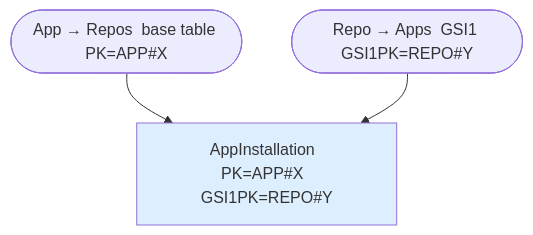
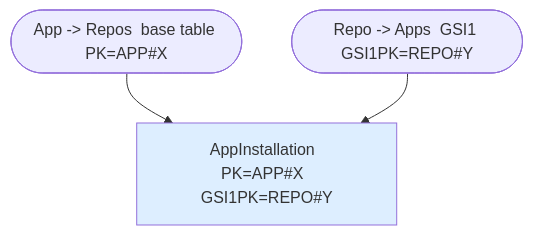
One commit to a-pavithraa/aws-serverless-skill changed the second of 2 diagrams in skills/aws-dynamodb/references/dynamodb-patterns.md. Above: the diagram before and after it, drawn with Mermaid. The commit also changed other lines of this file, not shown here.

First line of the commit message:
Fix Mermaid diagram syntax for GitHub rendering

````diff
--- a/skills/aws-dynamodb/references/dynamodb-patterns.md
+++ b/skills/aws-dynamodb/references/dynamodb-patterns.md
@@ -396,9 +396,9 @@
 ```mermaid
 flowchart TB
-    q1(["App → Repos  base table PK=APP#X"]) --> link
-    q2(["Repo → Apps  GSI1 GSI1PK=REPO#Y"]) --> link
+    q1(["App -> Repos  base table PK=APP#X"]) --> link
+    q2(["Repo -> Apps  GSI1 GSI1PK=REPO#Y"]) --> link
 
     link["AppInstallation  PK=APP#X  GSI1PK=REPO#Y"]
 
     style link fill:#ddeeff
 ```
````
